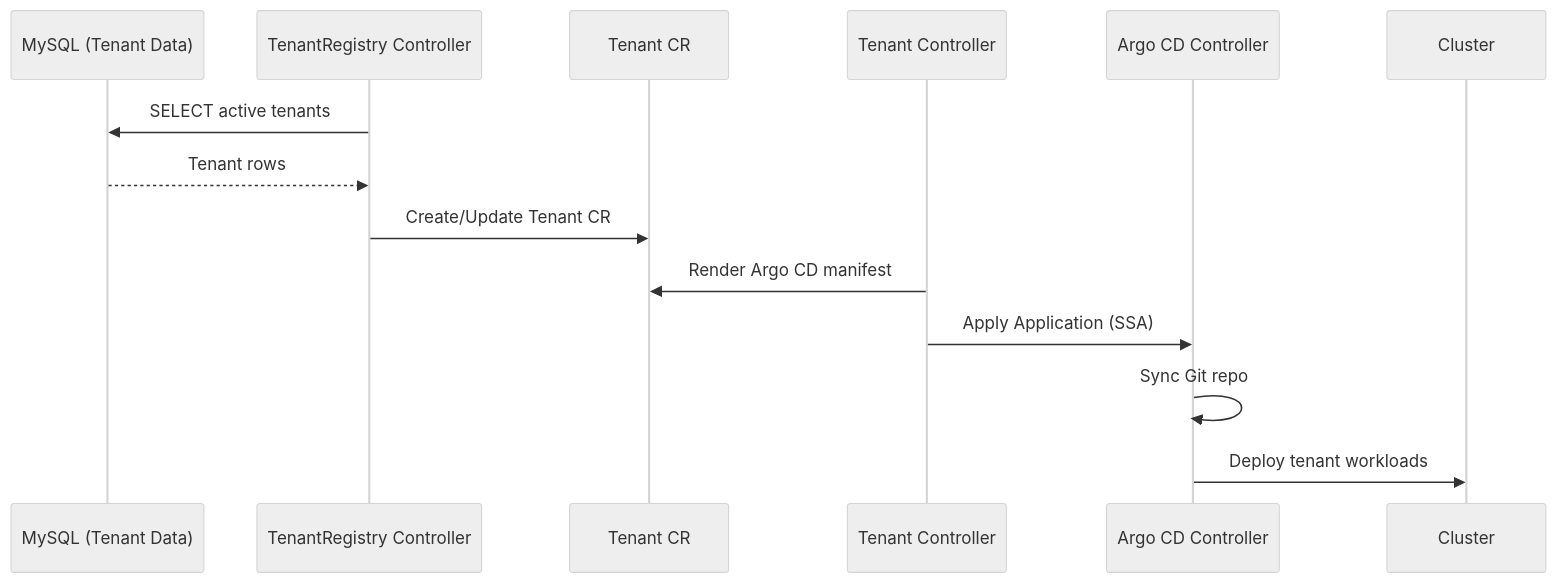
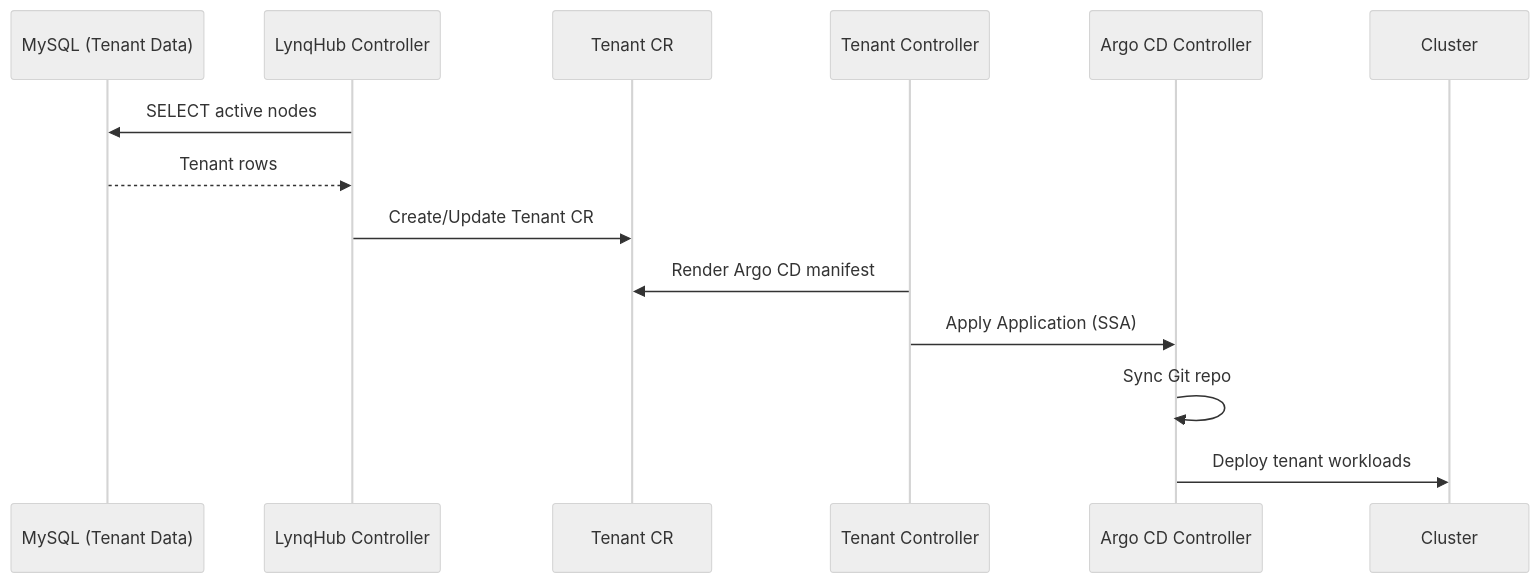
The second of 3 diagrams in docs/integration-argocd.md (kubernetes-tenants/tenant-operator), drawn with Mermaid (neutral theme) before and after one commit. The commit also changed other lines of this file and 193 other files, not shown here.

````diff
--- a/docs/integration-argocd.md
+++ b/docs/integration-argocd.md
@@ -87,16 +87,16 @@
 ```mermaid
 sequenceDiagram
     participant DB as MySQL (Tenant Data)
-    participant Registry as TenantRegistry Controller
+    participant Registry as LynqHub Controller
     participant Tenant as Tenant CR
     participant Operator as Tenant Controller
     participant Argo as Argo CD Controller
 
-    Registry->>DB: SELECT active tenants
+    Registry->>DB: SELECT active nodes
     DB-->>Registry: Tenant rows
     Registry->>Tenant: Create/Update Tenant CR
     Operator->>Tenant: Render Argo CD manifest
     Operator->>Argo: Apply Application (SSA)
     Argo->>Argo: Sync Git repo
     Argo->>Cluster: Deploy tenant workloads
 ```
````
